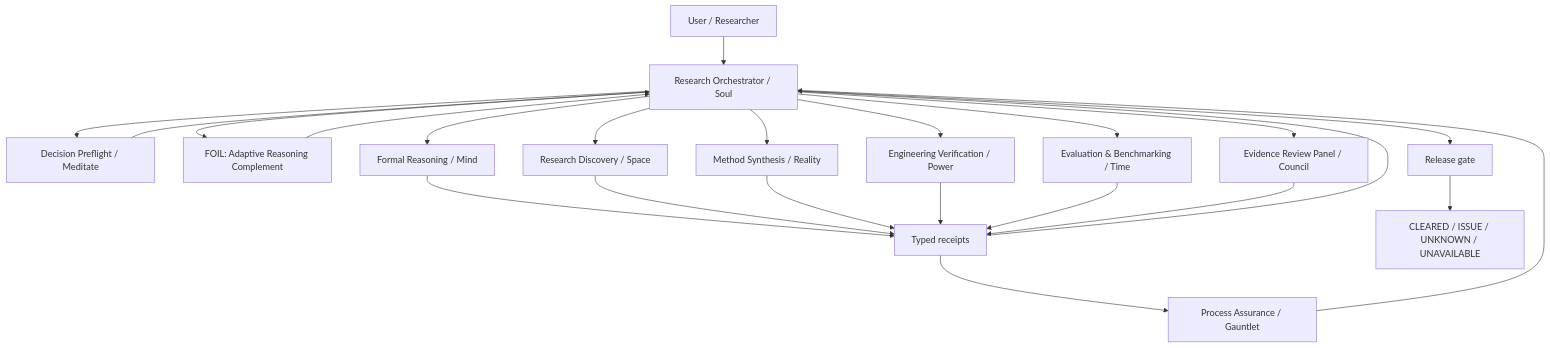
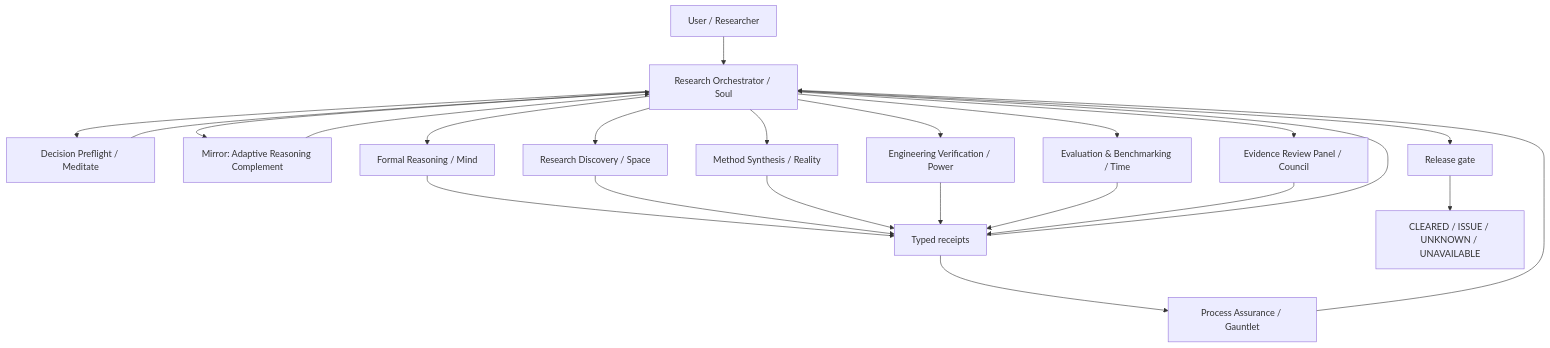
The diagram in docs/ARCHITECTURE.md (Kitahl/The-Gauntlet), drawn with Mermaid before and after one commit. The commit also changed other lines of this file and 6 other files, not shown here.

First line of the commit message:
Rename FOIL public identity to Mirror (#32)

````diff
--- a/docs/ARCHITECTURE.md
+++ b/docs/ARCHITECTURE.md
@@ -7,26 +7,26 @@
 ```mermaid
 flowchart TD
     U[User / Researcher] --> O[Research Orchestrator / Soul]
     O --> Q[Decision Preflight / Meditate]
-    O --> A[FOIL: Adaptive Reasoning Complement]
+    O --> A[Mirror: Adaptive Reasoning Complement]
     O --> F[Formal Reasoning / Mind]
     O --> D[Research Discovery / Space]
     O --> S[Method Synthesis / Reality]
     O --> E[Engineering Verification / Power]
     O --> B[Evaluation & Benchmarking / Time]
     O --> R[Evidence Review Panel / Council]
 
     Q --> O
     A --> O
     F --> X[Typed receipts]
     D --> X
     S --> X
     E --> X
     B --> X
     R --> X
     X --> P[Process Assurance / Gauntlet]
     P --> O
     X --> O
     O --> G[Release gate]
     G --> Z[CLEARED / ISSUE / UNKNOWN / UNAVAILABLE]
 ```
````
